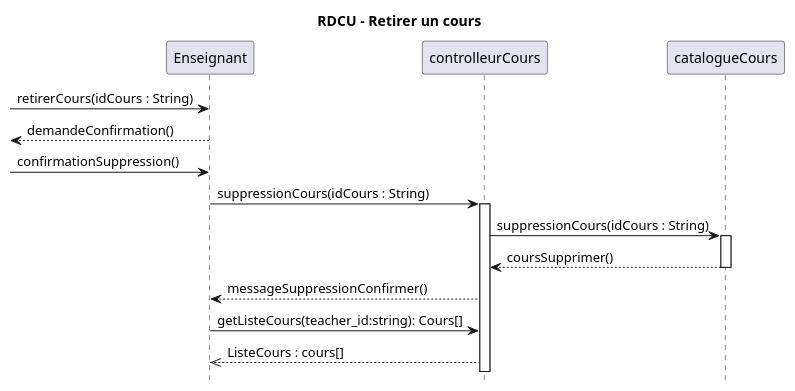
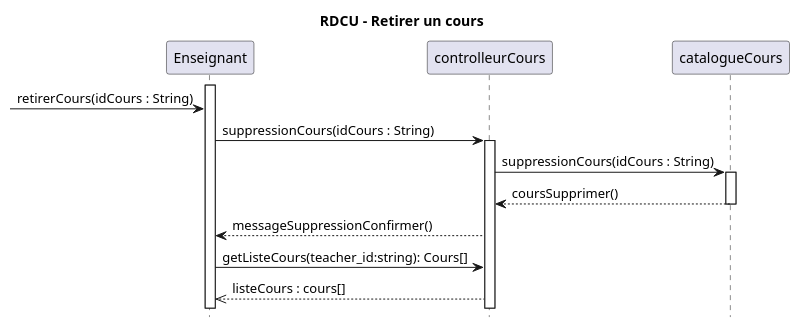
One commit to xMrYahya/moodle-clone changed the diagram in docs/modeles/cu01/rdcu-retirer-cours.puml. Above: the diagram before and after it, drawn with PlantUML. The commit also changed 18 other files, not shown here.

Commit message:
modification des diagrammes

```diff
--- a/docs/modeles/cu01/rdcu-retirer-cours.puml
+++ b/docs/modeles/cu01/rdcu-retirer-cours.puml
@@ -1,25 +1,26 @@
 @startuml
 hide footbox
 title RDCU – Retirer un cours
 
 participant Enseignant as Ens
 participant controlleurCours as ctrl
 participant catalogueCours as cours
 
+activate Ens
  -> Ens : retirerCours(idCours : String)
- <-- Ens : demandeConfirmation()
- -> Ens : confirmationSuppression()
+
 
 Ens -> ctrl : suppressionCours(idCours : String)
 activate  ctrl
 
 ctrl -> cours : suppressionCours(idCours : String)
 activate cours
 cours --> ctrl : coursSupprimer()
 deactivate cours
 
 ctrl --> Ens : messageSuppressionConfirmer()
 
 Ens -> ctrl : getListeCours(teacher_id:string): Cours[]
-ctrl -->> Ens : ListeCours : cours[]
+ctrl -->> Ens : listeCours : cours[]
+
 @enduml
```
